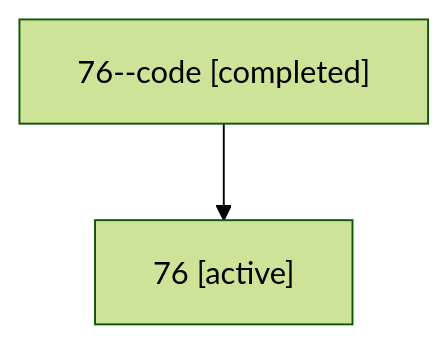
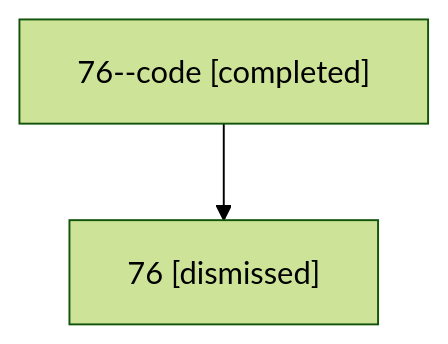
One commit to sase-org/sase--agents changed the diagram in sessions/bbugyi200.athena.76.md. Above: the diagram before and after it, drawn with Mermaid (forest theme). The commit also changed other lines of this file and 34 other files, not shown here.

````diff
--- a/sessions/bbugyi200.athena.76.md
+++ b/sessions/bbugyi200.athena.76.md
@@ -9,6 +9,6 @@
 ```mermaid
 flowchart TD
   n0["76--code [completed]"]
-  n1["76 [active]"]
+  n1["76 [dismissed]"]
   n0 --> n1
 ```
````
